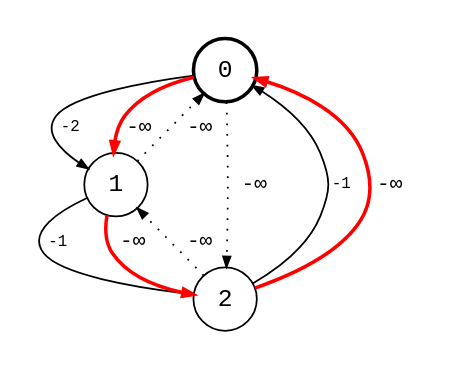
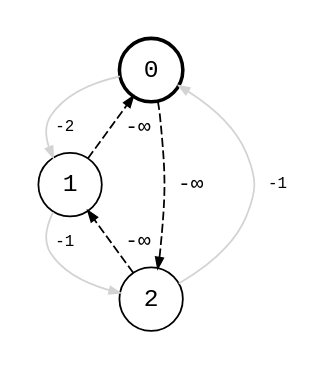
The diagram in src/bellman_ford_moore_2.dot (bsdrks/graaf-images), drawn with Graphviz before and after one commit. The commit also changed 7 other files, not shown here.

```diff
--- a/src/bellman_ford_moore_2.dot
+++ b/src/bellman_ford_moore_2.dot
@@ -1,20 +1,17 @@
 digraph {
     node [shape=circle, fontname="monospace", fixedsize=true, width=0.5];
     edge [arrowsize=0.6, fontname="monospace", fontsize=9];
     layout=dot;
     pad=0.2;
     ranksep=0.2;
 
     0 [style=bold];
 
-    0 -> 1 [label=" -2"];
-    1 -> 2 [label=" -1"];
-    2 -> 0 [label=" -1"];
+    0 -> 1 [label=" -2", color=lightgray];
+    1 -> 2 [label=" -1", color=lightgray];
+    2 -> 0 [label="  -1", color=lightgray];
 
-    0 -> 1 [label="-∞", style=bold, fontsize=12, color=red];
-    0 -> 2 [label=" -∞ ", style=dotted, fontsize=12];
-    1 -> 0 [label="-∞ ", style=dotted, fontsize=12];
-    1 -> 2 [label="-∞ ", style=bold, fontsize=12, color=red];
-    2 -> 0 [label="-∞ ", style=bold, fontsize=12, color=red];
-    2 -> 1 [label="-∞ ", style=dotted, fontsize=12];
+    0 -> 2 [label=" -∞ ", style=dashed, fontsize=12];
+    1 -> 0 [label="-∞ ", style=dashed, fontsize=12];
+    2 -> 1 [label="-∞ ", style=dashed, fontsize=12];
 }
```
